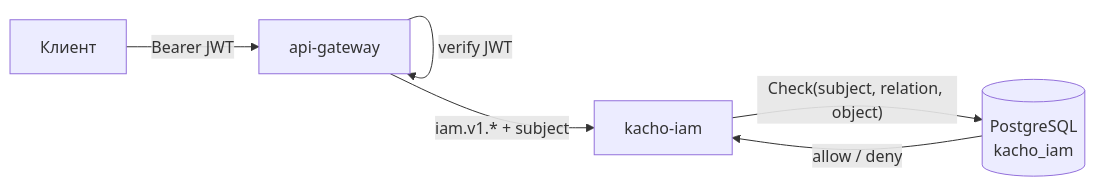
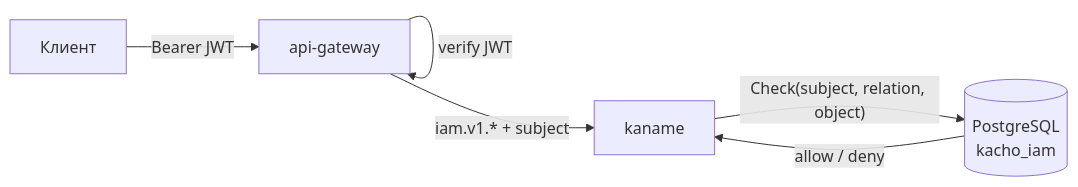
Before and after one commit to PRO-Robotech/kacho: the diagram in services/iam/docs/content/api/overview.mdx, drawn with Mermaid. The commit also changed 1011 other files, not shown here.

````diff
--- a/services/iam/docs/content/api/overview.mdx
+++ b/services/iam/docs/content/api/overview.mdx
@@ -172,8 +172,8 @@
 ```mermaid
 flowchart LR
   cli["Клиент"] -->|"Bearer JWT"| agw["api-gateway"]
   agw -->|"verify JWT"| agw
-  agw -->|"iam.v1.* + subject"| iam["kacho-iam"]
+  agw -->|"iam.v1.* + subject"| iam["kaname"]
   iam -->|"Check(subject, relation, object)"| pg[("PostgreSQL<br/>kacho_iam")]
   pg -->|"allow / deny"| iam
 ```
````
